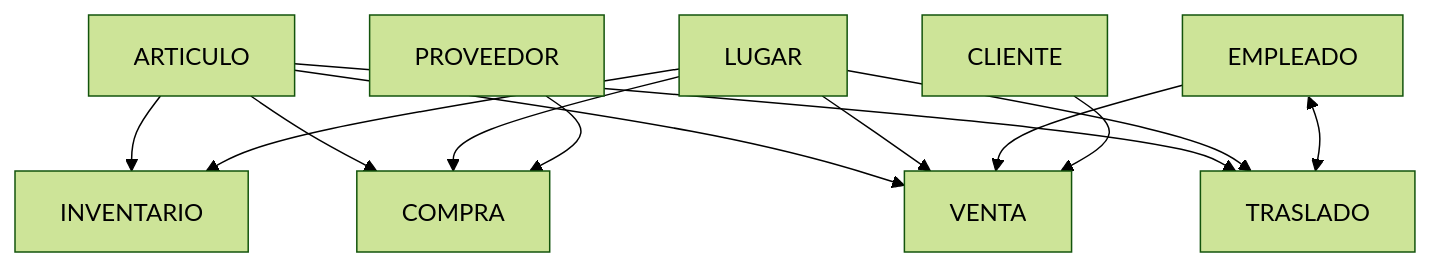
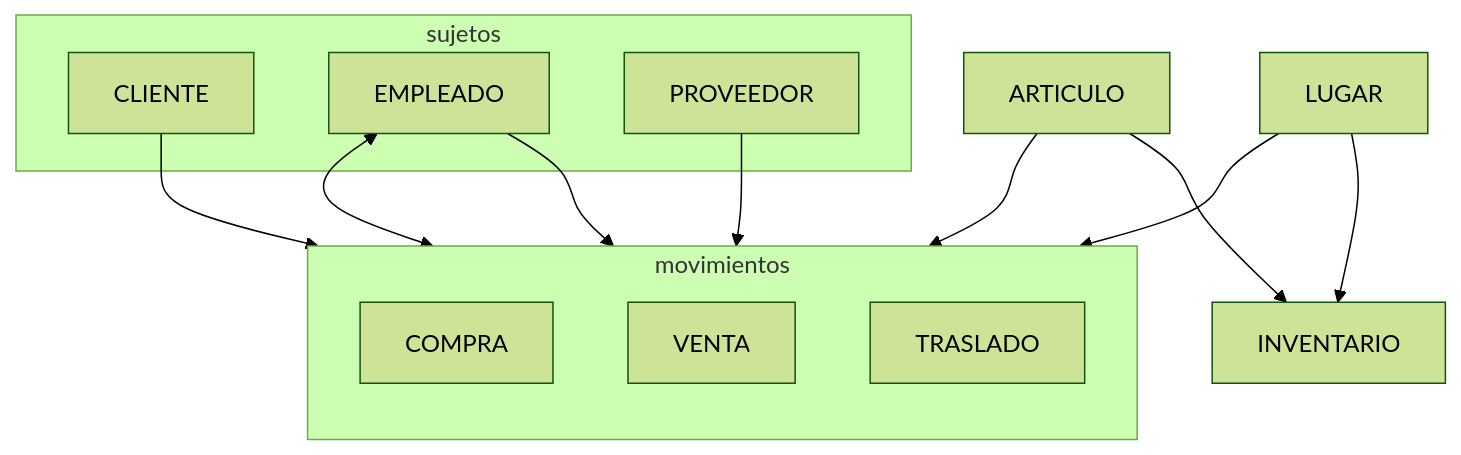
One commit to Rarity03/docs changed the diagram in README.md. Above: the diagram before and after it, drawn with Mermaid (forest theme).

Commit message:
primer diagrama

````diff
--- a/README.md
+++ b/README.md
@@ -30,15 +30,23 @@
 ```mermaid
 flowchart TD
     ARTICULO-->INVENTARIO;
-    ARTICULO-->COMPRA;
-    ARTICULO-->VENTA;
-    ARTICULO-->TRASLADO;
-    LUGAR-->INVENTARIO;
-    LUGAR-->TRASLADO;
-    LUGAR-->COMPRA;
-    LUGAR-->VENTA;
+    LUGAR-->INVENTARIO;      
+    subgraph movimientos
+        direction TB
+        COMPRA;
+        VENTA;
+        TRASLADO;
+    end
+    subgraph sujetos
+        CLIENTE
+        EMPLEADO
+        PROVEEDOR
+    end
     PROVEEDOR-->COMPRA;
     EMPLEADO-->VENTA;
     EMPLEADO<-->TRASLADO
     CLIENTE-->VENTA;
+    ARTICULO-->movimientos;
+    LUGAR-->movimientos;
+    
 ```
````
